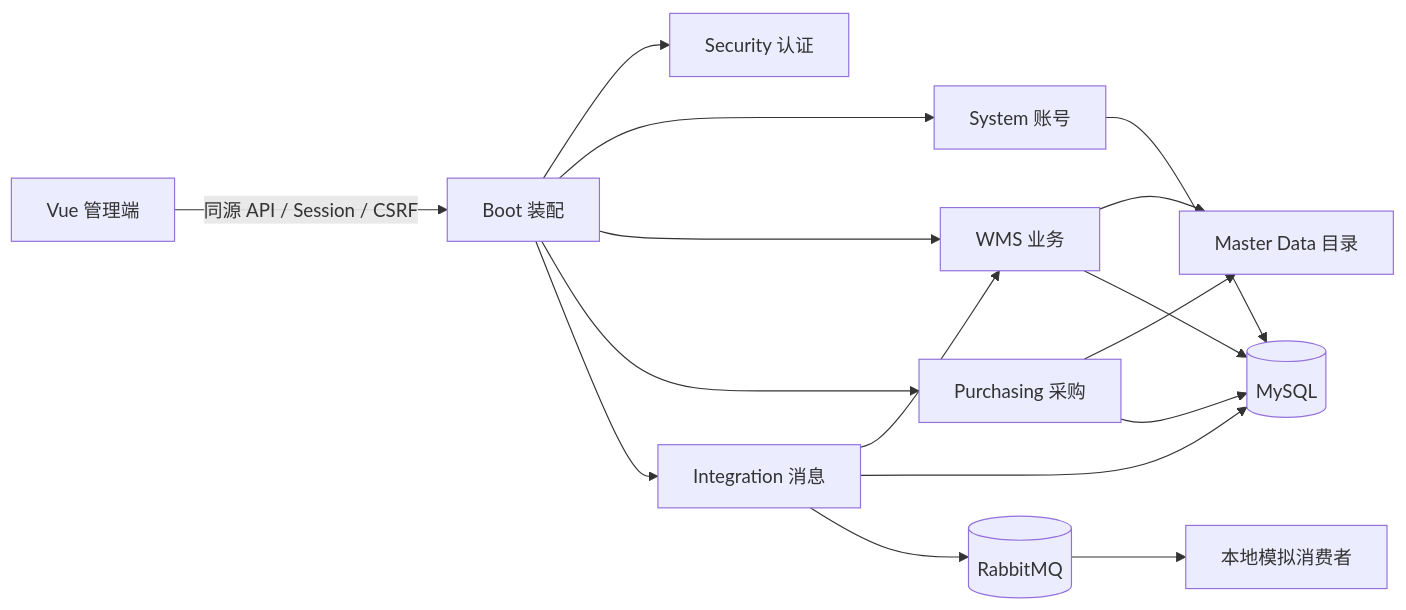
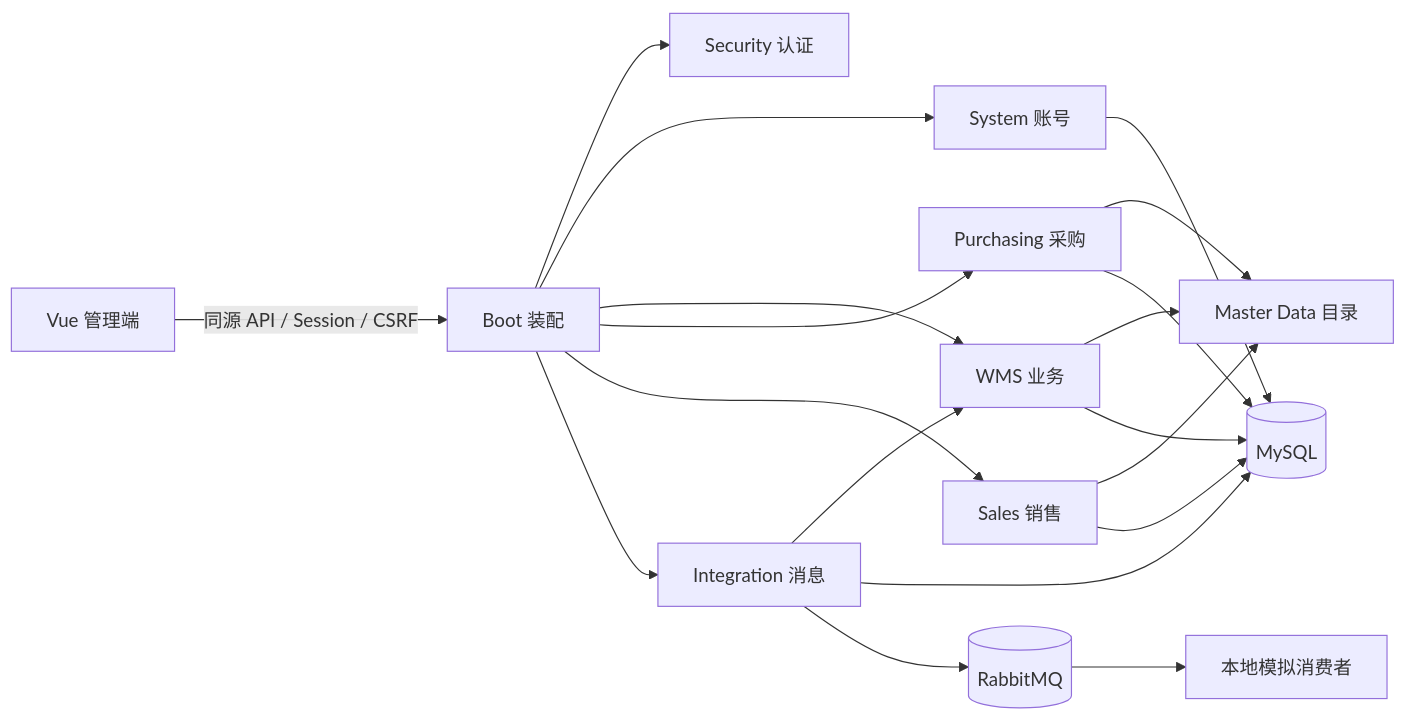
One commit to acczff/mdop-platform changed the diagram in docs/reference/architecture.md. Above: the diagram before and after it, drawn with Mermaid. The commit also changed other lines of this file and 33 other files, not shown here.

````diff
--- a/docs/reference/architecture.md
+++ b/docs/reference/architecture.md
@@ -23,18 +26,21 @@
 ```mermaid
 flowchart LR
   UI[Vue 管理端] -->|同源 API / Session / CSRF| BOOT[Boot 装配]
   BOOT --> SEC[Security 认证]
   BOOT --> SYS[System 账号]
   BOOT --> WMS[WMS 业务]
   BOOT --> PUR[Purchasing 采购]
+  BOOT --> SAL[Sales 销售]
+  SAL --> MDM
+  SAL --> DB
   PUR --> MDM
   PUR --> DB
   BOOT --> INT[Integration 消息]
   WMS --> MDM[Master Data 目录]
   WMS --> DB[(MySQL)]
   SYS --> DB
   INT --> WMS
   INT --> DB
   INT --> MQ[(RabbitMQ)]
   MQ --> SIM[本地模拟消费者]
 ```
````
